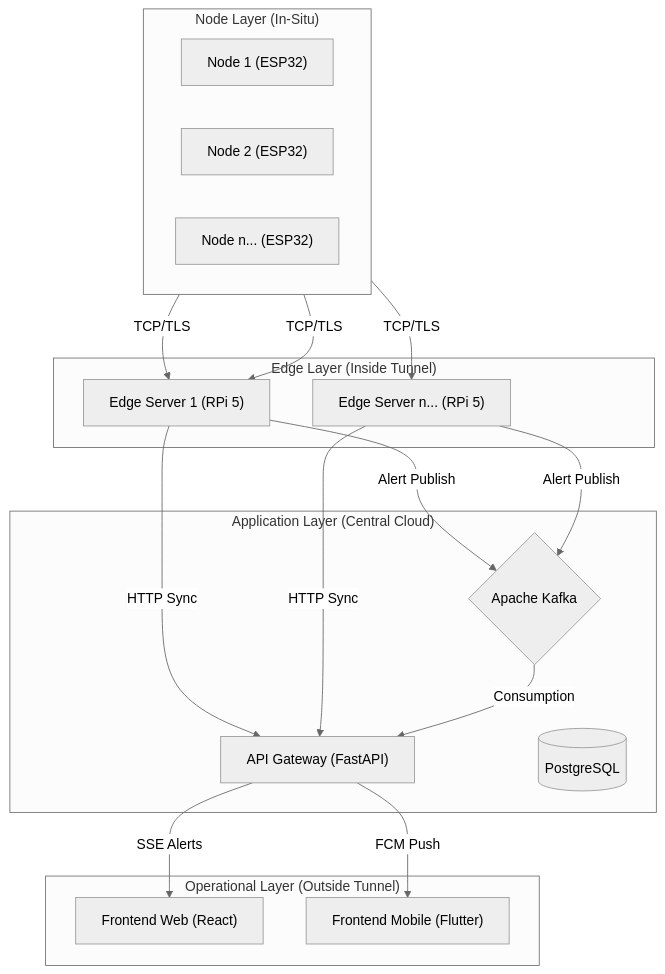
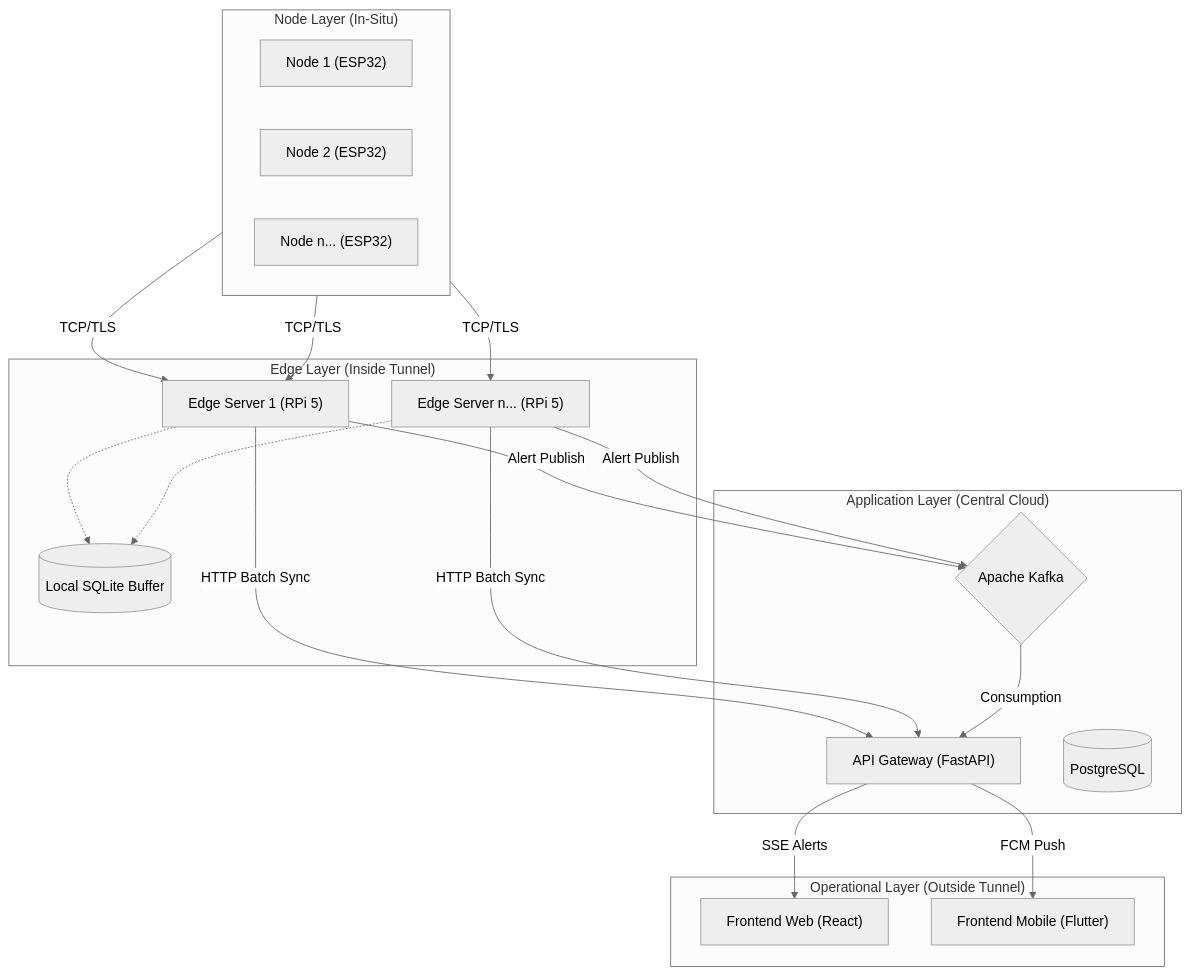
The first of 5 diagrams in README.md (sam-harold/deepatmos-info), drawn with Mermaid (neutral theme) before and after one commit.

````diff
--- a/README.md
+++ b/README.md
@@ -30,41 +30,46 @@
 ```mermaid
 graph TD
     subgraph "Operational Layer (Outside Tunnel)"
         Web["Frontend Web (React)"]
         Mobile["Frontend Mobile (Flutter)"]
     end
 
     subgraph "Application Layer (Central Cloud)"
         FastAPI["API Gateway (FastAPI)"]
         DB[(PostgreSQL)]
         Kafka{Apache Kafka}
     end
 
     subgraph "Edge Layer (Inside Tunnel)"
         RPi1["Edge Server 1 (RPi 5)"]
         RPi2["Edge Server n... (RPi 5)"]
+        SQLite[(Local SQLite Buffer)]
     end
 
     subgraph "Node Layer (In-Situ)"
         direction LR
         ESP1["Node 1 (ESP32)"]
         ESP2["Node 2 (ESP32)"]
         ESP3["Node n... (ESP32)"]
     end
 
     %% Communication Flows
     ESP1 -- "TCP/TLS" --> RPi1
     ESP2 -- "TCP/TLS" --> RPi1
     ESP3 -- "TCP/TLS" --> RPi2
 
-    RPi1 -- "HTTP Sync" --> FastAPI
-    RPi2 -- "HTTP Sync" --> FastAPI
+    %% Local Buffering
+    RPi1 -.-> SQLite
+    RPi2 -.-> SQLite
+
+    RPi1 -- "HTTP Batch Sync" --> FastAPI
+    RPi2 -- "HTTP Batch Sync" --> FastAPI
 
     RPi1 -- "Alert Publish" --> Kafka
     RPi2 -- "Alert Publish" --> Kafka
 
     Kafka -- "Consumption" --> FastAPI
 
     FastAPI -- "SSE Alerts" --> Web
     FastAPI -- "FCM Push" --> Mobile
 ```
````
